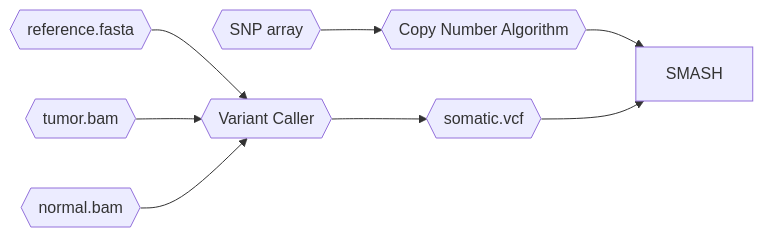
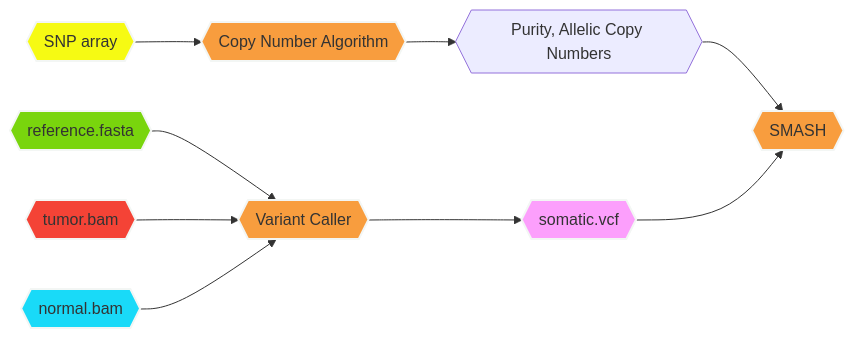
Before and after one commit to Sun-lab/SMASH: the diagram in README.md, drawn with Mermaid.

Commit message:
reamde workflow

````diff
--- a/README.md
+++ b/README.md
@@ -71,13 +71,26 @@
 ```mermaid
 flowchart LR
 
 %% Nodes and directions
 fasta{{reference.fasta}} & tbam{{tumor.bam}} & nbam{{normal.bam}} --> caller{{Variant Caller}}
 caller --> vcf{{somatic.vcf}}
 array{{SNP array}} --> cnaCall{{Copy Number Algorithm}}
-cnaCall & vcf --> SMASH
+cnaCall --> cnaEst{{Purity, Allelic Copy Numbers}}
+cnaEst & vcf --> SMASH{{SMASH}}
 
 %% Class definitions
+classDef myred fill:#f44336,stroke:#f3f6f4,stroke-width:2px
+classDef myblue fill:#19daf8,stroke:#f3f6f4,stroke-width:2px
+classDef mygreen fill:#79d50d,stroke:#f3f6f4,stroke-width:2px
+classDef mymagenta fill:#fc9ffc,stroke:#f3f6f4,stroke-width:2px
+classDef myyellow fill:#f6fa13,stroke:#f3f6f4,stroke-width:2px
+classDef myorange fill:#f89d3e,stroke:#f3f6f4,stroke-width:2px
 
 %% Assign classes to nodes
+class tbam myred
+class nbam myblue
+class array myyellow
+class fasta mygreen
+class caller,cnaCall,SMASH myorange
+class vcf mymagenta
 ```
````
